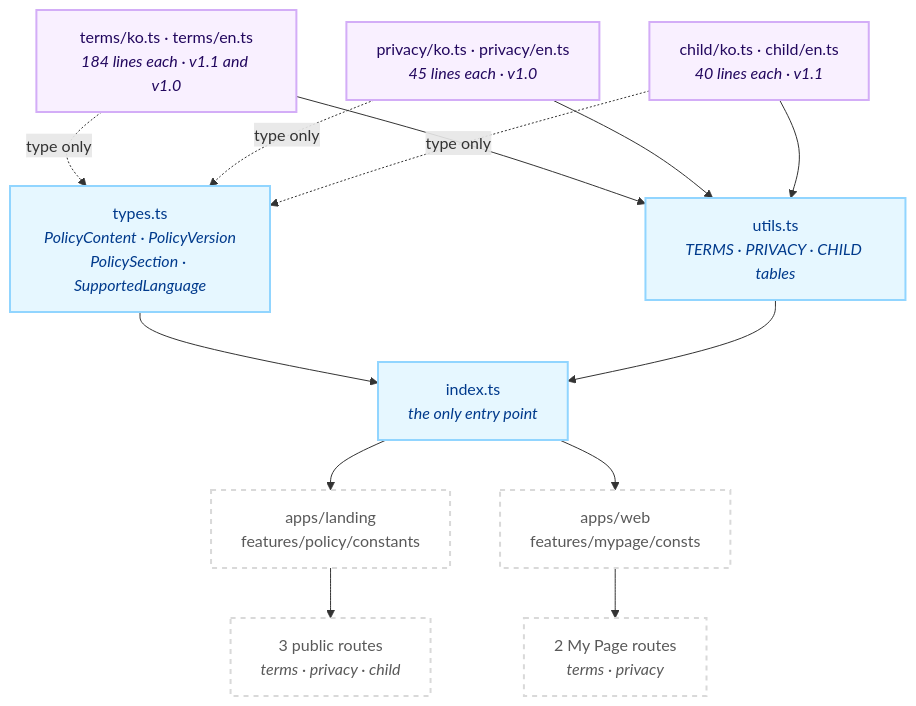
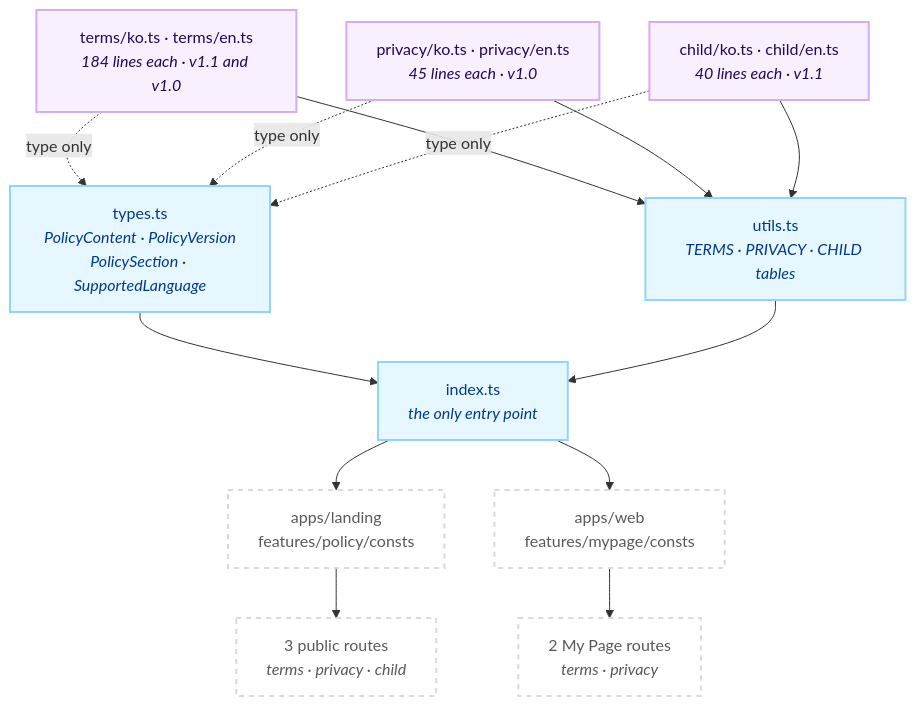
The first of 2 diagrams in libs/policy-content/README.md (lemoncloud-io/dou-app), drawn with Mermaid before and after one commit. The commit also changed other lines of this file and 4 other files, not shown here.

First line of the commit message:
docs(policy-content,theme,app-messages,bridges,http): repoint lines the landing refactor made stale

````diff
--- a/libs/policy-content/README.md
+++ b/libs/policy-content/README.md
@@ -98,33 +98,33 @@
 ```mermaid
 flowchart TD
     classDef doc fill:#f9f0ff,stroke:#d3adf7,stroke-width:2px,color:#22075e;
     classDef tab fill:#e6f7ff,stroke:#91d5ff,stroke-width:2px,color:#003a8c;
     classDef ext fill:#ffffff,stroke:#d9d9d9,stroke-width:2px,color:#595959,stroke-dasharray: 5 5;
 
     Terms["terms/ko.ts · terms/en.ts<br/><i>184 lines each · v1.1 and v1.0</i>"]:::doc
     Priv["privacy/ko.ts · privacy/en.ts<br/><i>45 lines each · v1.0</i>"]:::doc
     Child["child/ko.ts · child/en.ts<br/><i>40 lines each · v1.1</i>"]:::doc
 
     Types["types.ts<br/><i>PolicyContent · PolicyVersion<br/>PolicySection · SupportedLanguage</i>"]:::tab
     Utils["utils.ts<br/><i>TERMS · PRIVACY · CHILD tables</i>"]:::tab
     Barrel["index.ts<br/><i>the only entry point</i>"]:::tab
 
-    LandBar["apps/landing<br/>features/policy/constants"]:::ext
+    LandBar["apps/landing<br/>features/policy/consts"]:::ext
     WebBar["apps/web<br/>features/mypage/consts"]:::ext
 
     LandPg["3 public routes<br/><i>terms · privacy · child</i>"]:::ext
     WebPg["2 My Page routes<br/><i>terms · privacy</i>"]:::ext
 
     Terms --> Utils
     Priv --> Utils
     Child --> Utils
     Terms -.->|type only| Types
     Priv -.->|type only| Types
     Child -.->|type only| Types
     Types --> Barrel
     Utils --> Barrel
     Barrel --> LandBar
     Barrel --> WebBar
     LandBar --> LandPg
     WebBar --> WebPg
 ```
````
